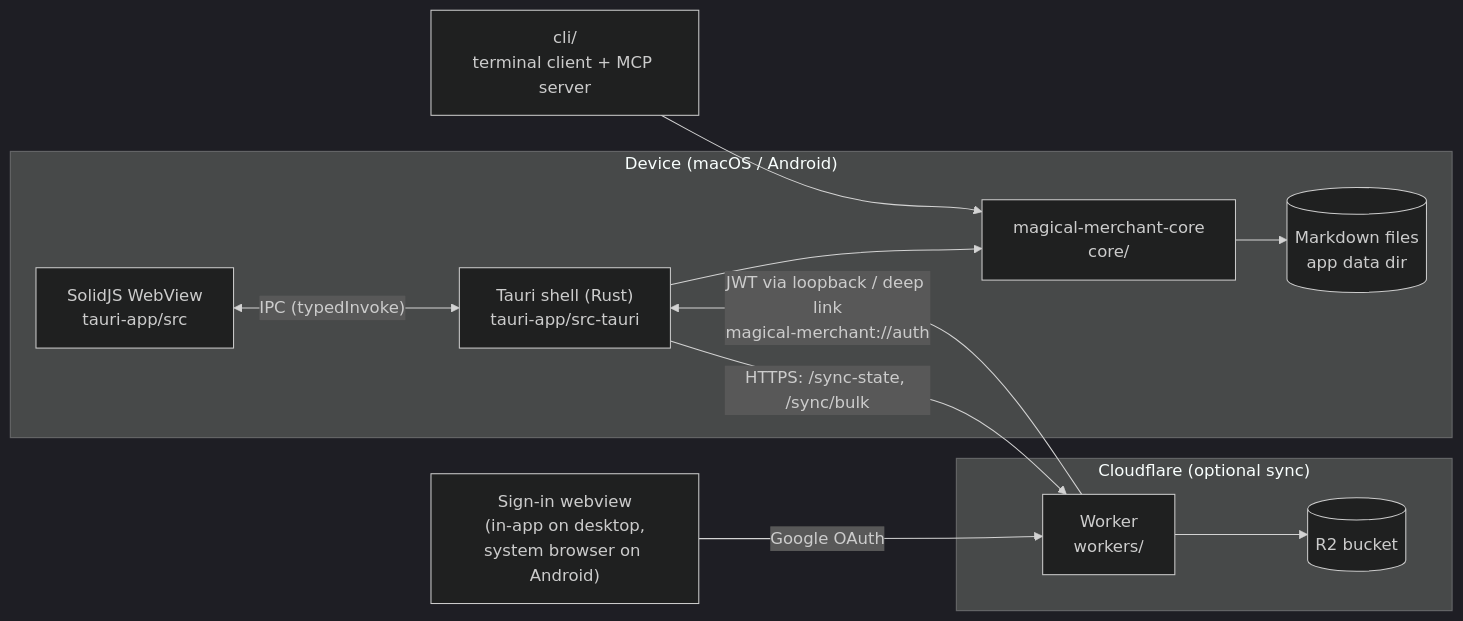
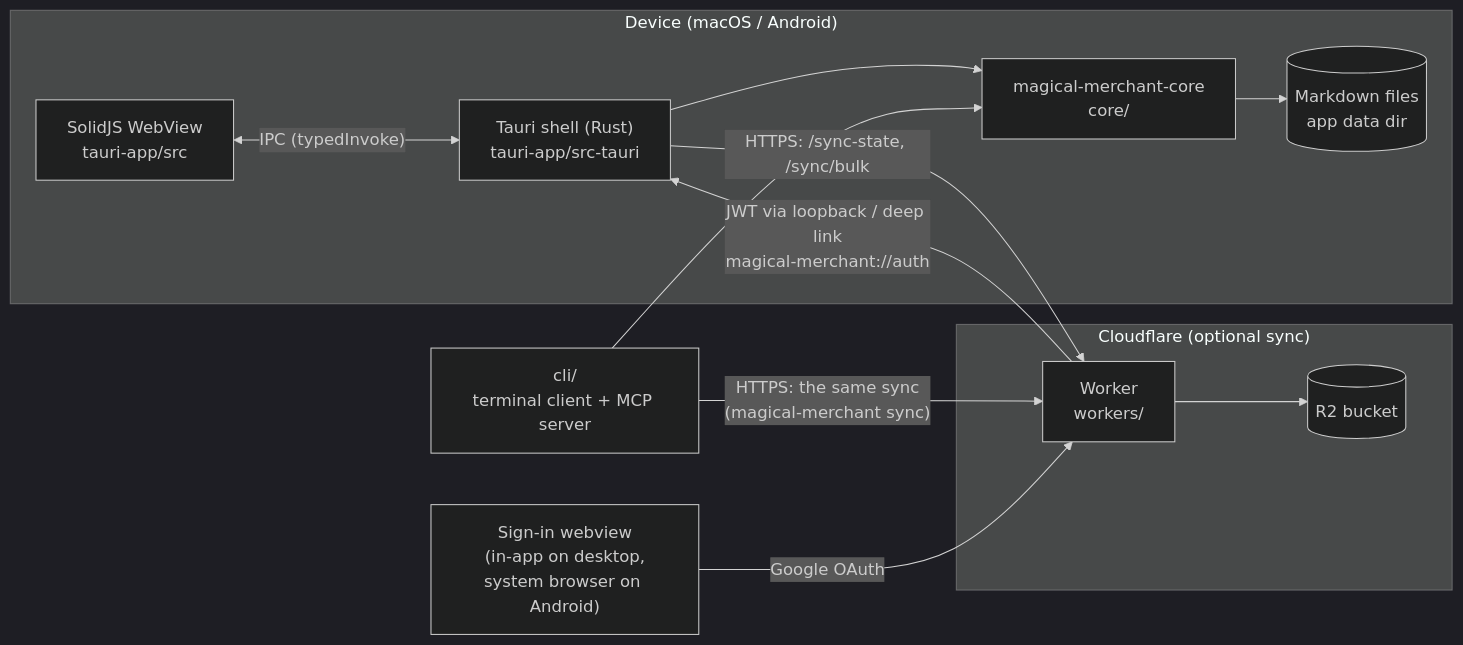
One commit to Xantibody/magical-merchant changed the first of 3 diagrams in docs/introduction.md. Above: the diagram before and after it, drawn with Mermaid (dark theme). The commit also changed other lines of this file, not shown here.

First line of the commit message:
docs(introduction): show the CLI reaching the Worker

````diff
--- a/docs/introduction.md
+++ b/docs/introduction.md
@@ -14,24 +14,25 @@
 ```mermaid
 flowchart LR
     subgraph Device["Device (macOS / Android)"]
         UI["SolidJS WebView<br/>tauri-app/src"]
         Shell["Tauri shell (Rust)<br/>tauri-app/src-tauri"]
         Core["magical-merchant-core<br/>core/"]
         Files[("Markdown files<br/>app data dir")]
         UI <-- "IPC (typedInvoke)" --> Shell
         Shell --> Core
         Core --> Files
     end
 
     CLI["cli/<br/>terminal client + MCP server"] --> Core
 
     subgraph Cloud["Cloudflare (optional sync)"]
         Worker["Worker<br/>workers/"]
         R2[("R2 bucket")]
         Worker --> R2
     end
 
     Shell -- "HTTPS: /sync-state, /sync/bulk" --> Worker
+    CLI -- "HTTPS: the same sync<br/>(magical-merchant sync)" --> Worker
     Login["Sign-in webview<br/>(in-app on desktop,<br/>system browser on Android)"] -- "Google OAuth" --> Worker
     Worker -- "JWT via loopback / deep link<br/>magical-merchant://auth" --> Shell
 ```
````
